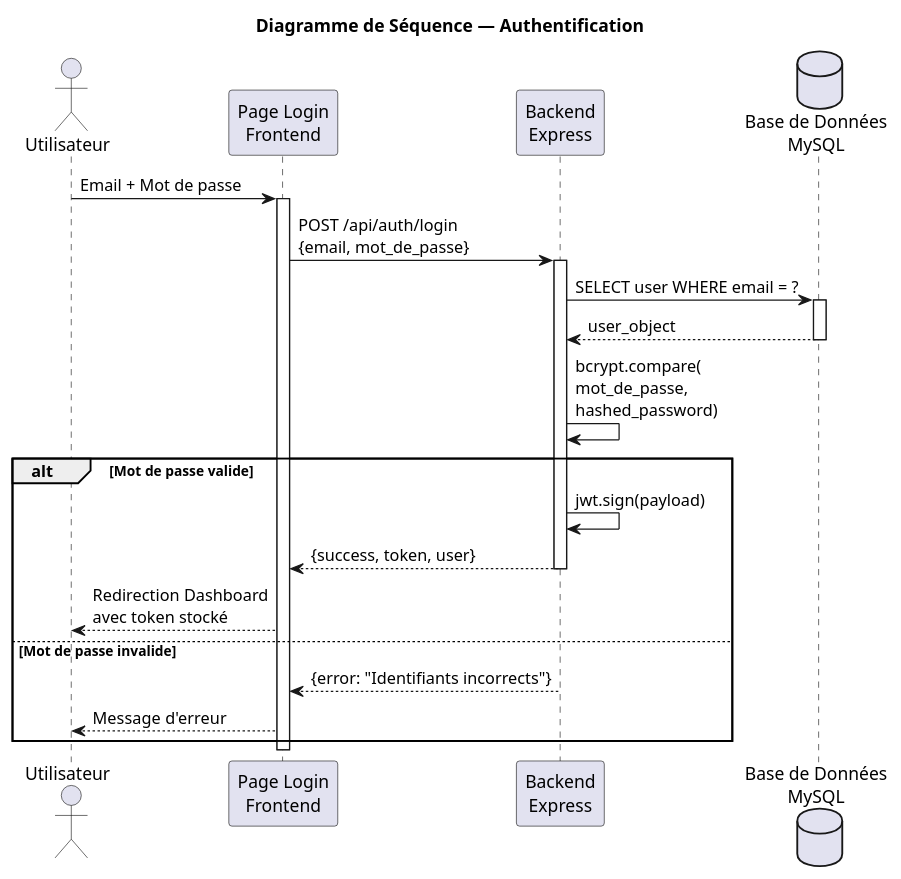
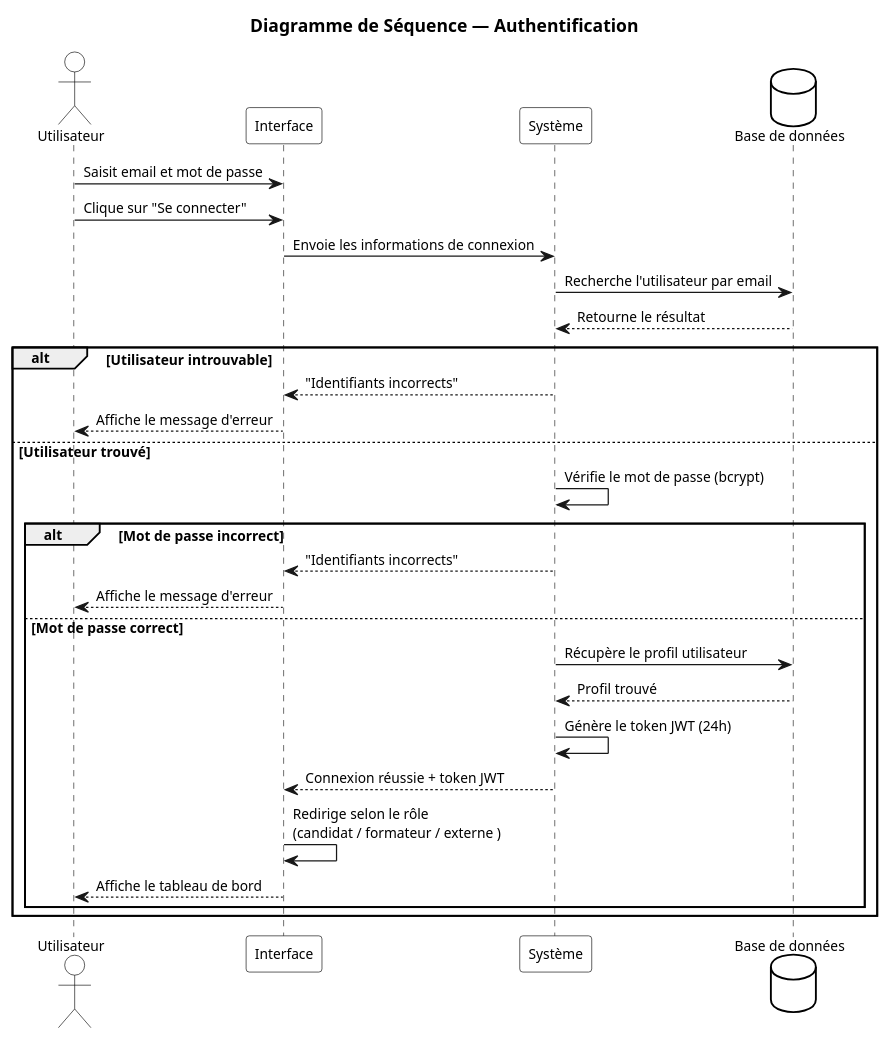
The diagram in Diagrammes_PlantUML/Sprint1_4_Sequence_Authentification.puml (samiaaamara/projet_pfe), drawn with PlantUML before and after one commit. The commit also changed 172 other files, not shown here.

```diff
--- a/Diagrammes_PlantUML/Sprint1_4_Sequence_Authentification.puml
+++ b/Diagrammes_PlantUML/Sprint1_4_Sequence_Authentification.puml
@@ -1,34 +1,51 @@
 @startuml Sprint1_Sequence_Authentification
 title Diagramme de Séquence — Authentification
 
-actor Utilisateur as User
-participant "Page Login\nFrontend" as Frontend
-participant "Backend\nExpress" as Backend
-database "Base de Données\nMySQL" as DB
+skinparam defaultFontName Arial
+skinparam defaultFontSize 11
+skinparam backgroundColor White
+skinparam sequenceArrowThickness 1
+skinparam sequenceMessageAlign left
+skinparam sequenceBoxBackgroundColor White
+skinparam sequenceBoxBorderColor Black
+skinparam participantBackgroundColor White
+skinparam participantBorderColor Black
+skinparam actorBackgroundColor White
+skinparam actorBorderColor Black
+skinparam databaseBackgroundColor White
+skinparam databaseBorderColor Black
+skinparam noteBackgroundColor White
+skinparam noteBorderColor Black
 
-User -> Frontend: Email + Mot de passe
-activate Frontend
+actor "Utilisateur" as User
+participant "Interface" as UI
+participant "Système" as SYS
+database "Base de données" as DB
 
-Frontend -> Backend: POST /api/auth/login\n{email, mot_de_passe}
-activate Backend
+User -> UI: Saisit email et mot de passe
+User -> UI: Clique sur "Se connecter"
+UI -> SYS: Envoie les informations de connexion
 
-Backend -> DB: SELECT user WHERE email = ?
-activate DB
-DB --> Backend: user_object
-deactivate DB
+SYS -> DB: Recherche l'utilisateur par email
+DB --> SYS: Retourne le résultat
 
-Backend -> Backend: bcrypt.compare(\nmot_de_passe,\nhashed_password)
-alt Mot de passe valide
-    Backend -> Backend: jwt.sign(payload)
-    Backend --> Frontend: {success, token, user}
-    deactivate Backend
-    Frontend --> User: Redirection Dashboard\navec token stocké
-else Mot de passe invalide
-    Backend --> Frontend: {error: "Identifiants incorrects"}
-    deactivate Backend
-    Frontend --> User: Message d'erreur
+alt Utilisateur introuvable
+    SYS --> UI: "Identifiants incorrects"
+    UI --> User: Affiche le message d'erreur
+else Utilisateur trouvé
+    SYS -> SYS: Vérifie le mot de passe (bcrypt)
+
+    alt Mot de passe incorrect
+        SYS --> UI: "Identifiants incorrects"
+        UI --> User: Affiche le message d'erreur
+    else Mot de passe correct
+        SYS -> DB: Récupère le profil utilisateur
+        DB --> SYS: Profil trouvé
+        SYS -> SYS: Génère le token JWT (24h)
+        SYS --> UI: Connexion réussie + token JWT
+        UI -> UI: Redirige selon le rôle\n(candidat / formateur / externe )
+        UI --> User: Affiche le tableau de bord
+    end
 end
 
-deactivate Frontend
-
 @enduml
```
